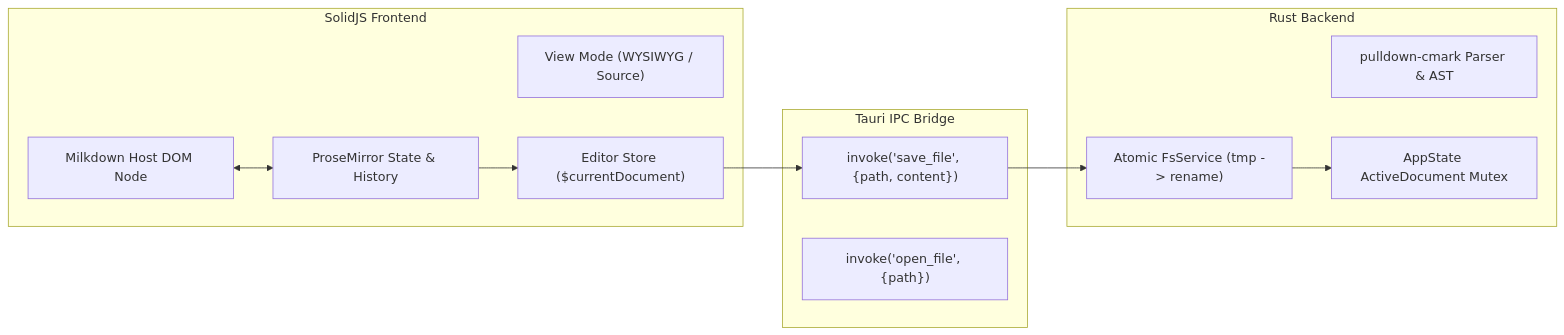
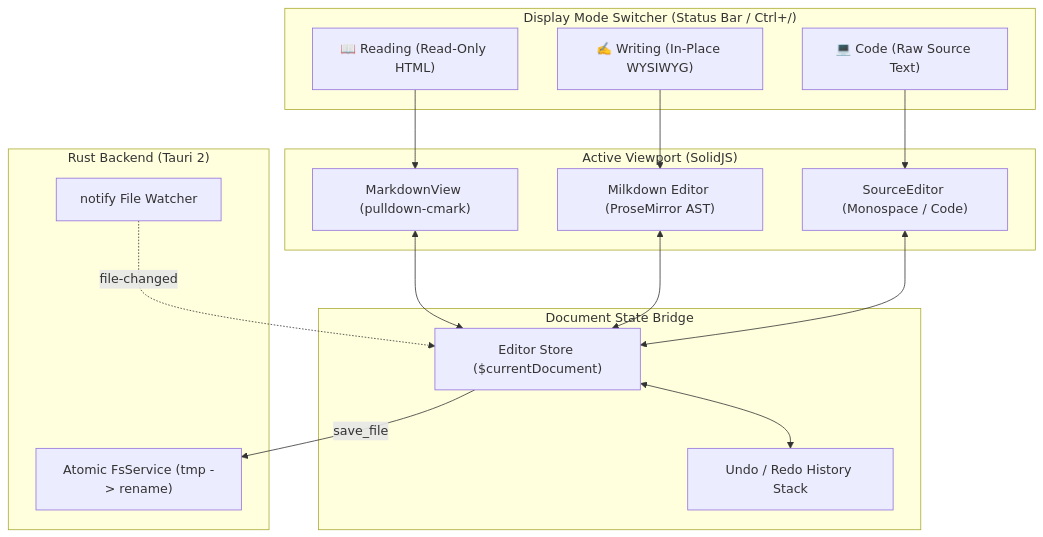
One commit to BerryUIKI/Lexora changed the diagram in docs/NEXT_STEPS.md. Above: the diagram before and after it, drawn with Mermaid. The commit also changed other lines of this file and 3 other files, not shown here.

Commit message:
docs: integrate Tri-State display modes (Reading, Writing, Code) into roadmap, milestones, and next steps

````diff
--- a/docs/NEXT_STEPS.md
+++ b/docs/NEXT_STEPS.md
@@ -20,26 +23,36 @@
 ```mermaid
-flowchart LR
-    subgraph Frontend ["SolidJS Frontend"]
-        ViewToggle["View Mode (WYSIWYG / Source)"]
-        MilkdownHost["Milkdown Host DOM Node"]
-        ProseMirrorState["ProseMirror State & History"]
-        DocStore["Editor Store ($currentDocument)"]
+flowchart TB
+    subgraph ModeSelector ["Display Mode Switcher (Status Bar / Ctrl+/)"]
+        ModeReading["📖 Reading (Read-Only HTML)"]
+        ModeWriting["✍️ Writing (In-Place WYSIWYG)"]
+        ModeCode["💻 Code (Raw Source Text)"]
     end
 
-    subgraph IPCBridge ["Tauri IPC Bridge"]
-        SaveCmd["invoke('save_file', {path, content})"]
-        LoadCmd["invoke('open_file', {path})"]
+    subgraph ViewLayer ["Active Viewport (SolidJS)"]
+        MarkdownView["MarkdownView (pulldown-cmark)"]
+        MilkdownEditor["Milkdown Editor (ProseMirror AST)"]
+        SourceEditor["SourceEditor (Monospace / Code)"]
     end
 
-    subgraph RustBackend ["Rust Backend"]
-        AtomicWriter["Atomic FsService (tmp -> rename)"]
-        Parser["pulldown-cmark Parser & AST"]
-        StateLock["AppState ActiveDocument Mutex"]
+    subgraph StateBridge ["Document State Bridge"]
+        DocStore["Editor Store ($currentDocument)"]
+        History["Undo / Redo History Stack"]
     end
 
-    MilkdownHost <--> ProseMirrorState
-    ProseMirrorState --> DocStore
-    DocStore --> SaveCmd
-    SaveCmd --> AtomicWriter
-    AtomicWriter --> StateLock
+    subgraph Backend ["Rust Backend (Tauri 2)"]
+        FsService["Atomic FsService (tmp -> rename)"]
+        Watcher["notify File Watcher"]
+    end
+
+    ModeReading --> MarkdownView
+    ModeWriting --> MilkdownEditor
+    ModeCode --> SourceEditor
+
+    MarkdownView <--> DocStore
+    MilkdownEditor <--> DocStore
+    SourceEditor <--> DocStore
+
+    DocStore <--> History
+    DocStore -- "save_file" --> FsService
+    Watcher -. "file-changed" .-> DocStore
 ```
````
